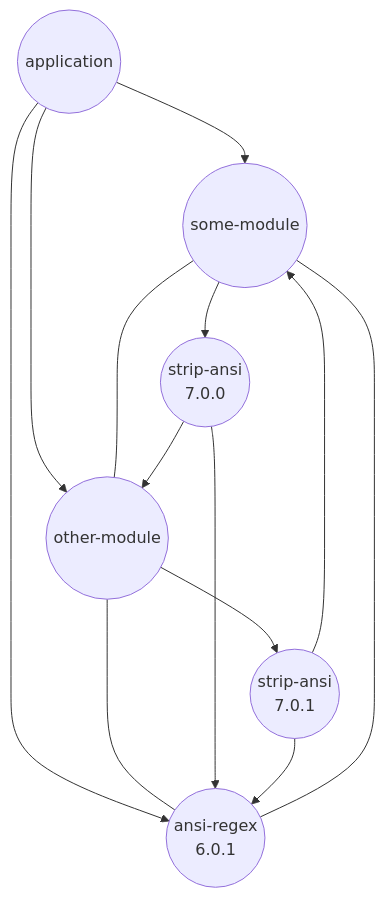
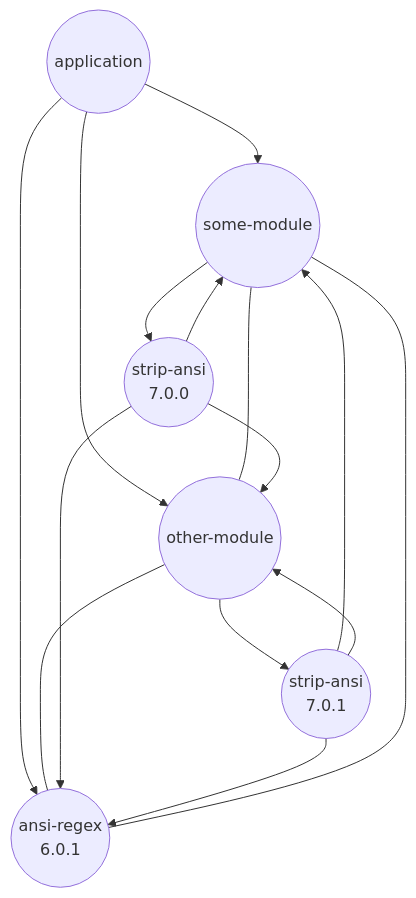
The second of 2 diagrams in docs/result.md (CycloneDX/cyclonedx-node-npm), drawn with Mermaid before and after one commit. The commit also changed other lines of this file, not shown here.

````diff
--- a/docs/result.md
+++ b/docs/result.md
@@ -82,21 +85,23 @@
 ```mermaid
 graph TB
     R  --> A
     R  --> B
     R  --> C
     A  --- B
     B  --- C
     C  --- A
     A  --> D1
     B  --> D2
+    D1 --> A
     D1 --> B
     D2 --> A
+    D2 --> B
     D1 --> C
     D2 --> C
     R((application))
     A((some-module))
     B((other-module))
     C((ansi-regex<br/>6.0.1))
     D1((strip-ansi<br/>7.0.0))
     D2((strip-ansi<br/>7.0.1))
 ```
````
